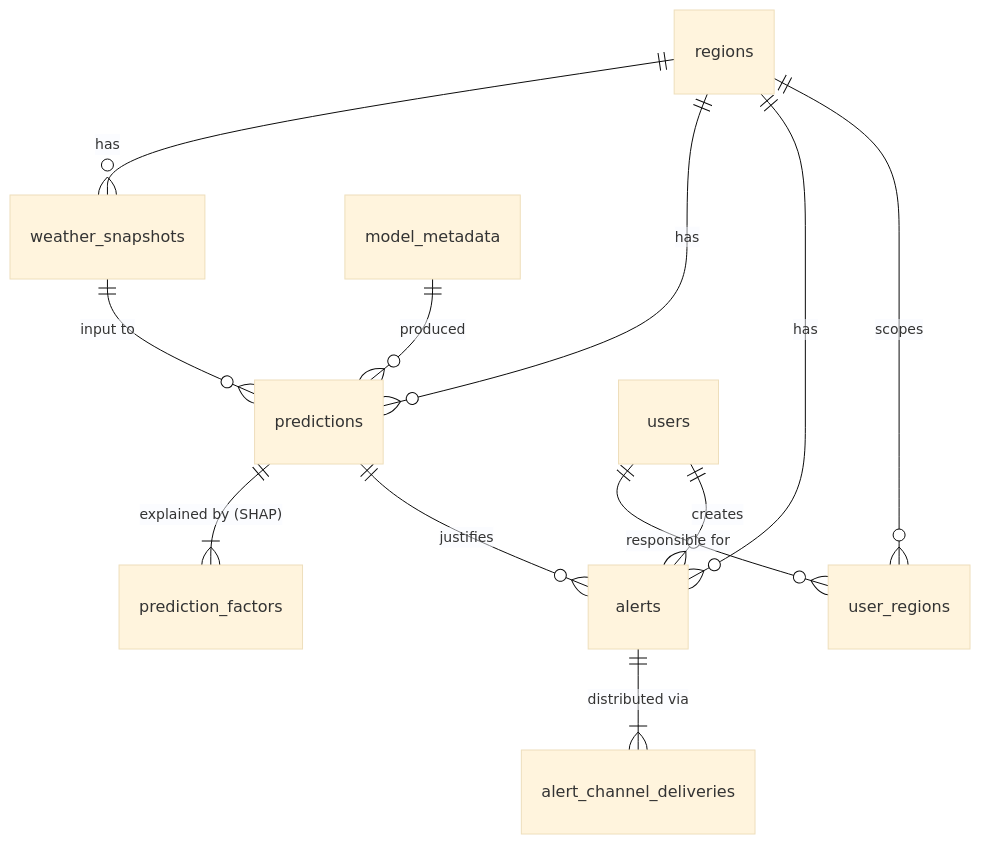
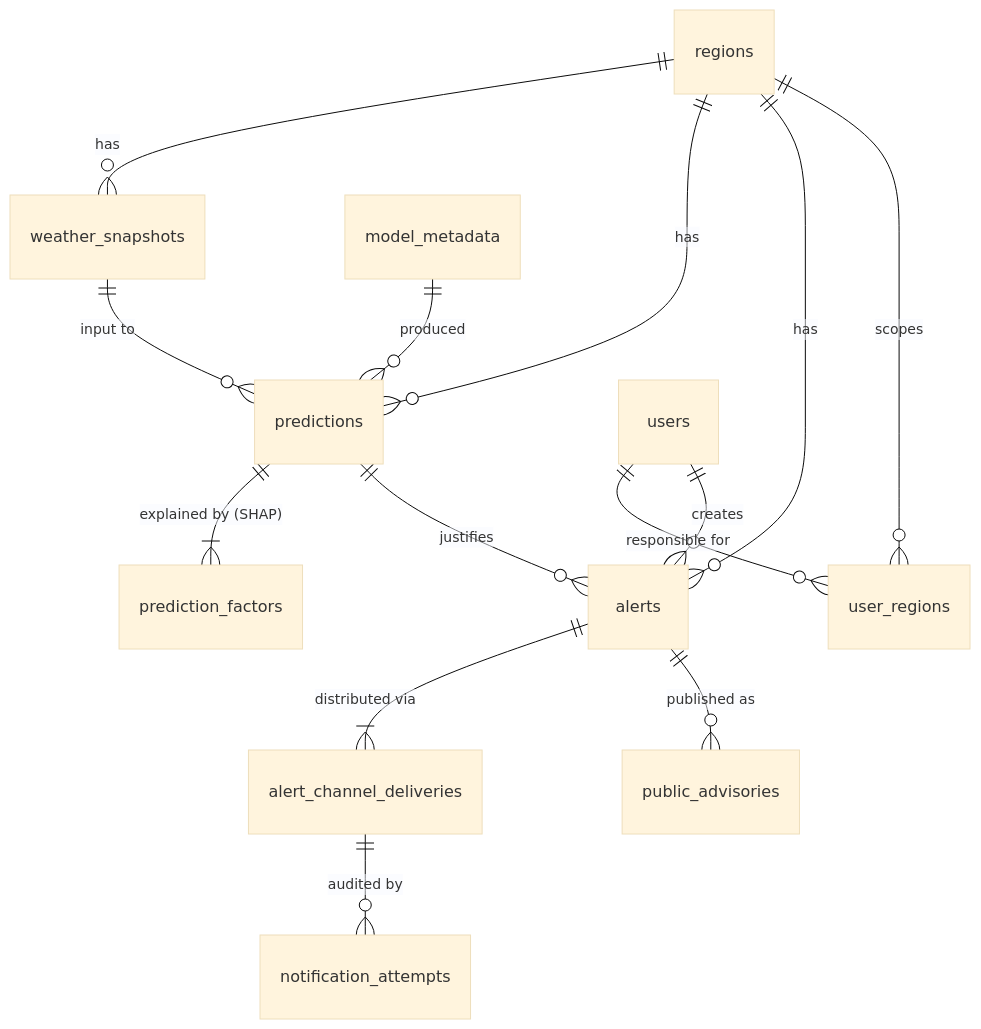
One commit to AmeyaDeore/heatwave-prediction changed the diagram in docs/database/README.md. Above: the diagram before and after it, drawn with Mermaid (base theme). The commit also changed other lines of this file and 37 other files, not shown here.

````diff
--- a/docs/database/README.md
+++ b/docs/database/README.md
@@ -16,14 +16,16 @@
 ```mermaid
 erDiagram
     regions ||--o{ weather_snapshots : "has"
     regions ||--o{ predictions : "has"
     regions ||--o{ alerts : "has"
     regions ||--o{ user_regions : "scopes"
     users ||--o{ user_regions : "responsible for"
     users ||--o{ alerts : "creates"
     model_metadata ||--o{ predictions : "produced"
     weather_snapshots ||--o{ predictions : "input to"
     predictions ||--|{ prediction_factors : "explained by (SHAP)"
     predictions ||--o{ alerts : "justifies"
     alerts ||--|{ alert_channel_deliveries : "distributed via"
+    alert_channel_deliveries ||--o{ notification_attempts : "audited by"
+    alerts ||--o{ public_advisories : "published as"
 ```
````
